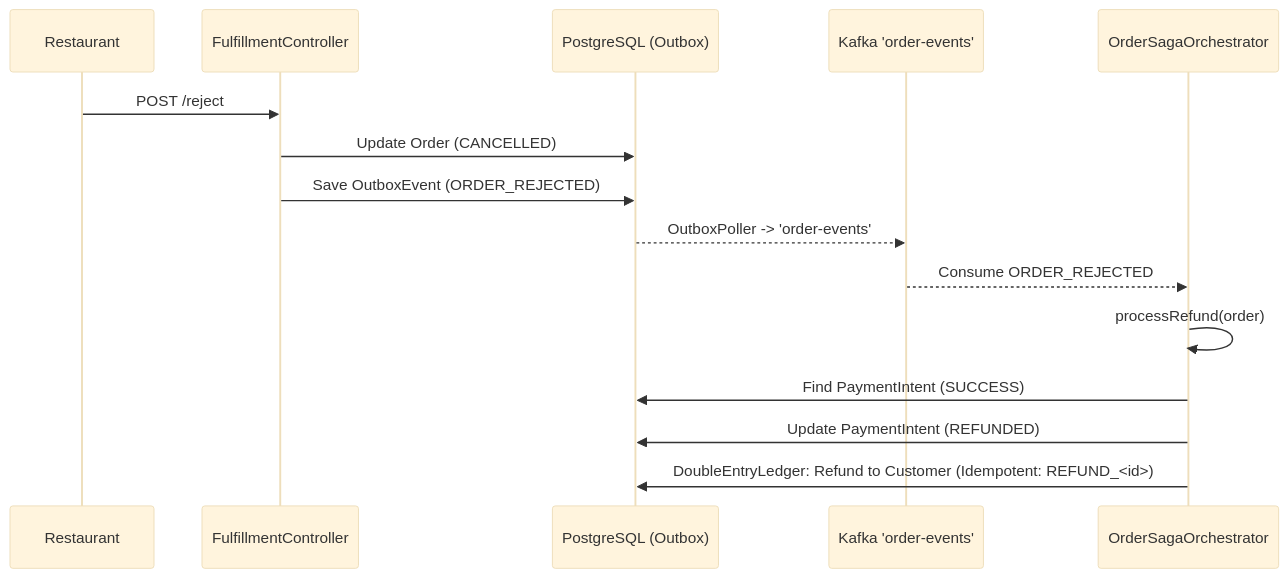
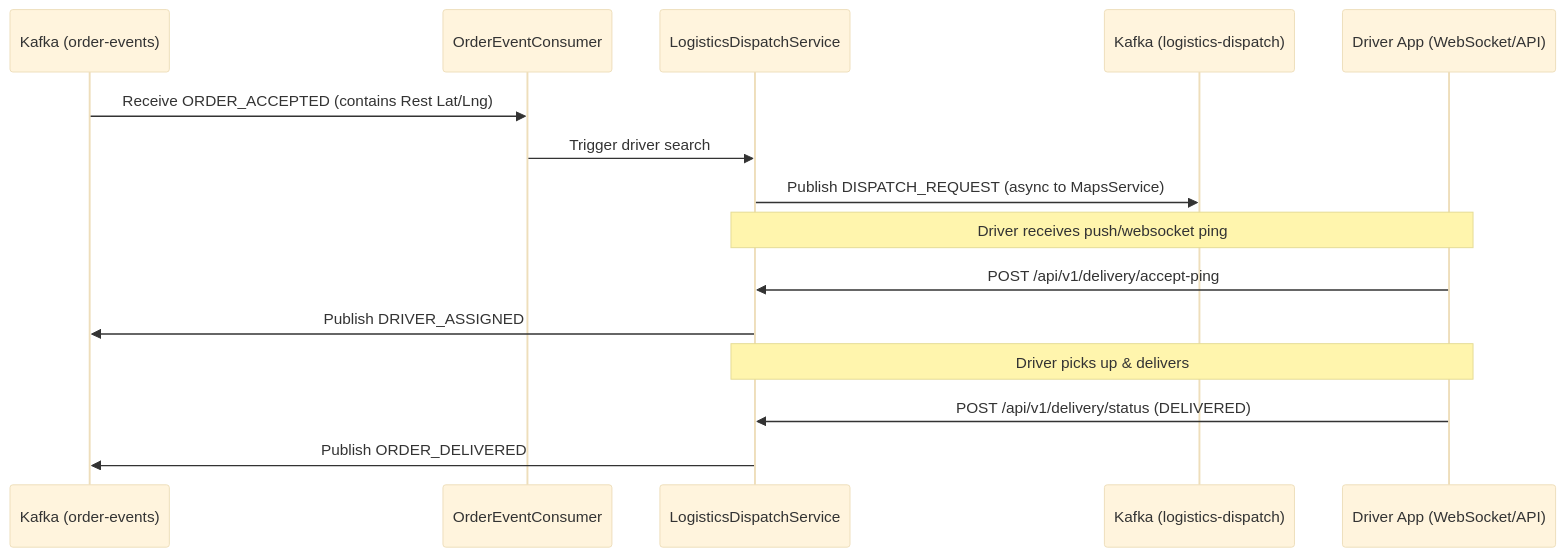
The second of 2 diagrams in SYSTEM_FLOW_DIAGRAMS.md (parthu-reddy/DeliveryExecutiveApplication), drawn with Mermaid (base theme) before and after one commit. The commit also changed other lines of this file and 9 other files, not shown here.

Commit message:
fix: orchestrator state tracking and sql cleanup

````diff
--- a/SYSTEM_FLOW_DIAGRAMS.md
+++ b/SYSTEM_FLOW_DIAGRAMS.md
@@ -271,20 +48,21 @@
 ```mermaid
 sequenceDiagram
-    participant REST as Restaurant
-    participant API as FulfillmentController
-    participant DB as PostgreSQL (Outbox)
-    participant K as Kafka 'order-events'
-    participant SAGA as OrderSagaOrchestrator
+    participant K_Order as Kafka (order-events)
+    participant Consumer as OrderEventConsumer
+    participant Dispatch as LogisticsDispatchService
+    participant K_Logistics as Kafka (logistics-dispatch)
+    participant Driver as Driver App (WebSocket/API)
+
+    K_Order->>Consumer: Receive ORDER_ACCEPTED (contains Rest Lat/Lng)
+    Consumer->>Dispatch: Trigger driver search
+    Dispatch->>K_Logistics: Publish DISPATCH_REQUEST (async to MapsService)
     
-    REST->>API: POST /reject
-    API->>DB: Update Order (CANCELLED)
-    API->>DB: Save OutboxEvent (ORDER_REJECTED)
+    note over Driver,Dispatch: Driver receives push/websocket ping
     
-    DB-->>K: OutboxPoller -> 'order-events'
-    K-->>SAGA: Consume ORDER_REJECTED
+    Driver->>Dispatch: POST /api/v1/delivery/accept-ping
+    Dispatch->>K_Order: Publish DRIVER_ASSIGNED
     
-    SAGA->>SAGA: processRefund(order)
-    SAGA->>DB: Find PaymentIntent (SUCCESS)
-    SAGA->>DB: Update PaymentIntent (REFUNDED)
-    SAGA->>DB: DoubleEntryLedger: Refund to Customer (Idempotent: REFUND_<id>)
+    note over Driver,Dispatch: Driver picks up & delivers
+    Driver->>Dispatch: POST /api/v1/delivery/status (DELIVERED)
+    Dispatch->>K_Order: Publish ORDER_DELIVERED
 ```
````
